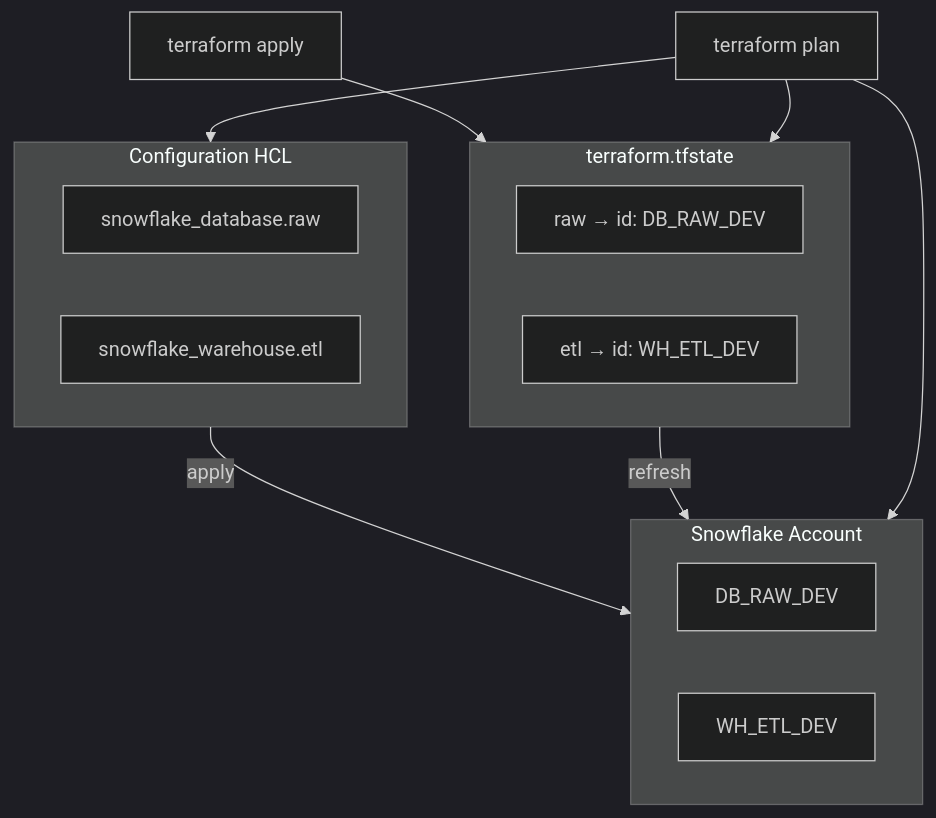
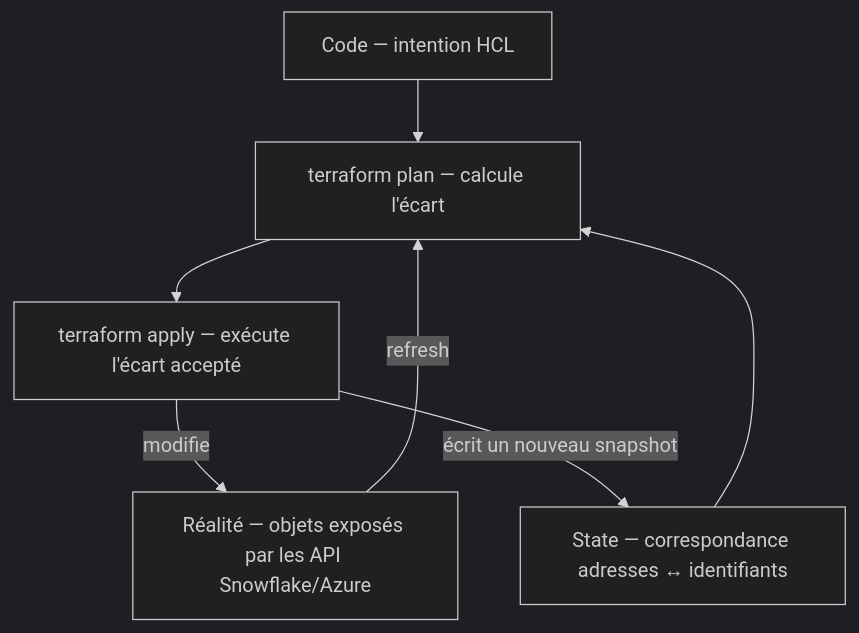
The second of 10 diagrams in courses/day-01/module-02-state-management/course.md (msellamiTN/Snowflake-terraform), drawn with Mermaid (dark theme) before and after one commit. The commit also changed other lines of this file and 34 other files, not shown here.

````diff
--- a/courses/day-01/module-02-state-management/course.md
+++ b/courses/day-01/module-02-state-management/course.md
@@ -37,24 +40,15 @@
 ```mermaid
 flowchart TB
-    subgraph Code["Configuration HCL"]
-        R1[snowflake_database.raw]
-        R2[snowflake_warehouse.etl]
-    end
+    CODE["Code — intention HCL"]
+    STATE["State — correspondance adresses ↔ identifiants"]
+    REAL["Réalité — objets exposés par les API Snowflake/Azure"]
+    PLAN["terraform plan — calcule l'écart"]
+    APPLY["terraform apply — exécute l'écart accepté"]
 
-    subgraph State["terraform.tfstate"]
-        M1["raw → id: DB_RAW_DEV"]
-        M2["etl → id: WH_ETL_DEV"]
-    end
-
-    subgraph Reality["Snowflake Account"]
-        SF1[DB_RAW_DEV]
-        SF2[WH_ETL_DEV]
-    end
-
-    Code -->|apply| Reality
-    Apply[terraform apply] --> State
-    State -->|refresh| Reality
-    Plan[terraform plan] --> Code
-    Plan --> State
-    Plan --> Reality
+    CODE --> PLAN
+    STATE --> PLAN
+    REAL -->|refresh| PLAN
+    PLAN --> APPLY
+    APPLY -->|modifie| REAL
+    APPLY -->|écrit un nouveau snapshot| STATE
 ```
````
